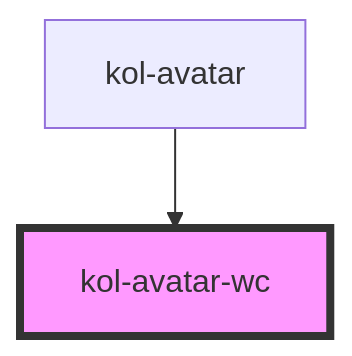
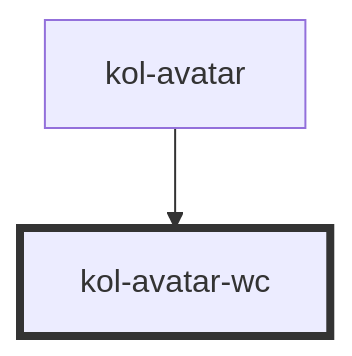
One commit to public-ui/kolibri changed the diagram in packages/components/src/components/avatar/readme.md. Above: the diagram before and after it, drawn with Mermaid. The commit also changed 40 other files, not shown here.

````diff
--- a/packages/components/src/components/avatar/readme.md
+++ b/packages/components/src/components/avatar/readme.md
@@ -62,5 +62,5 @@
 ```mermaid
 graph TD;
   kol-avatar --> kol-avatar-wc
-  style kol-avatar-wc fill:#f9f,stroke:#333,stroke-width:4px
+  style kol-avatar-wc stroke:#333,stroke-width:4px
 ```
````
